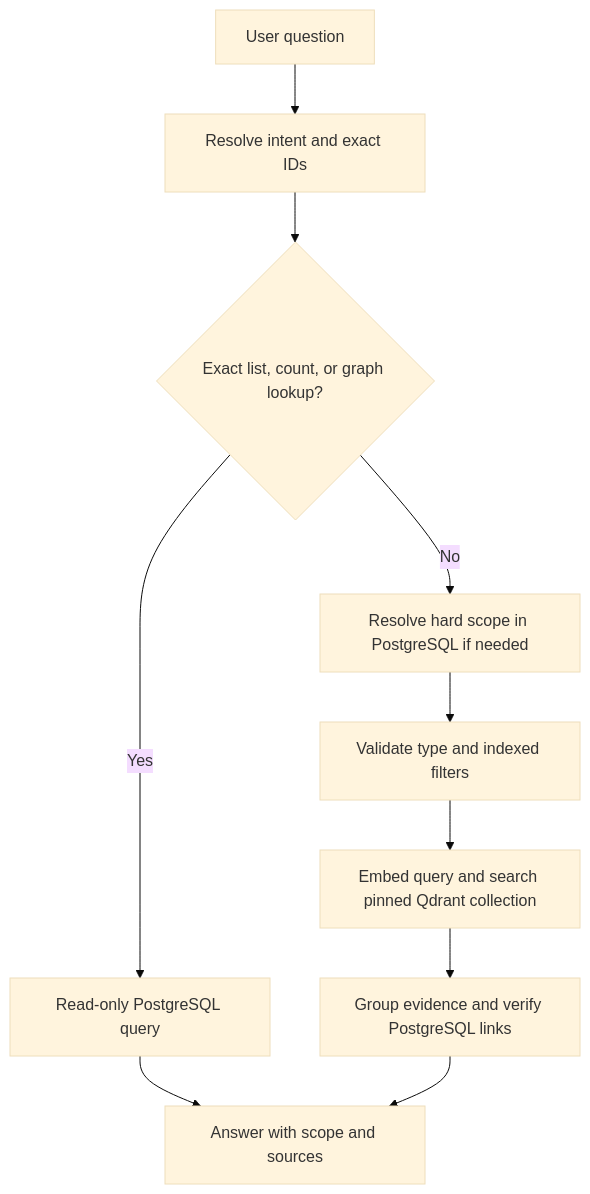
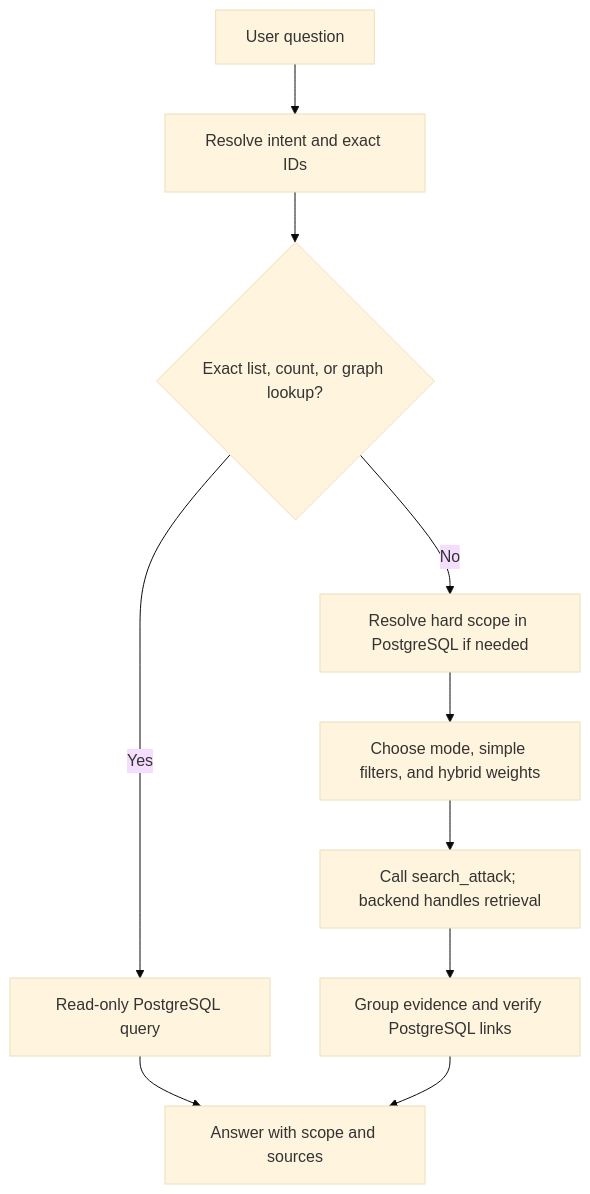
One commit to BDanial/mitre_attack_chatbot changed the second of 2 diagrams in docs/orchestrator/semantic-search.md. Above: the diagram before and after it, drawn with Mermaid (base theme). The commit also changed other lines of this file and 25 other files, not shown here.

Commit message:
Add LLM-directed lexical and hybrid retrieval with English documentation

````diff
--- a/docs/orchestrator/semantic-search.md
+++ b/docs/orchestrator/semantic-search.md
@@ -699,12 +724,12 @@
 ```mermaid
 flowchart TD
     Q[User question] --> I[Resolve intent and exact IDs]
     I --> E{Exact list, count, or graph lookup?}
     E -->|Yes| SQL[Read-only PostgreSQL query]
     E -->|No| S[Resolve hard scope in PostgreSQL if needed]
-    S --> F[Validate type and indexed filters]
-    F --> V[Embed query and search pinned Qdrant collection]
+    S --> F[Choose mode, simple filters, and hybrid weights]
+    F --> V[Call search_attack; backend handles retrieval]
     V --> G[Group evidence and verify PostgreSQL links]
     SQL --> A[Answer with scope and sources]
     G --> A
 ```
````
